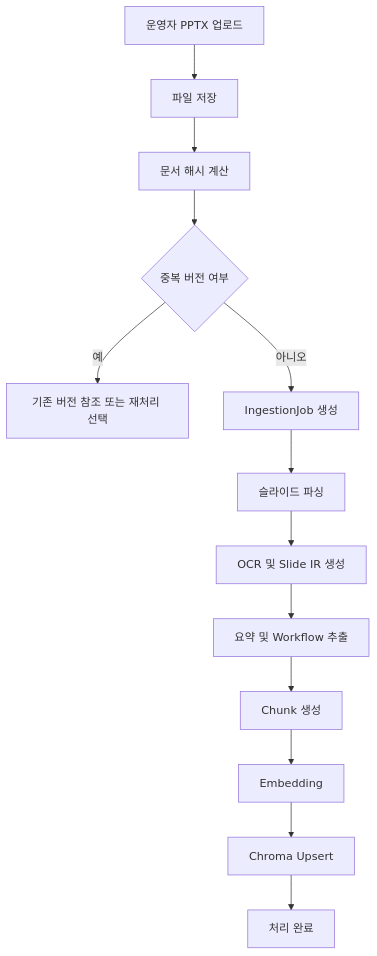
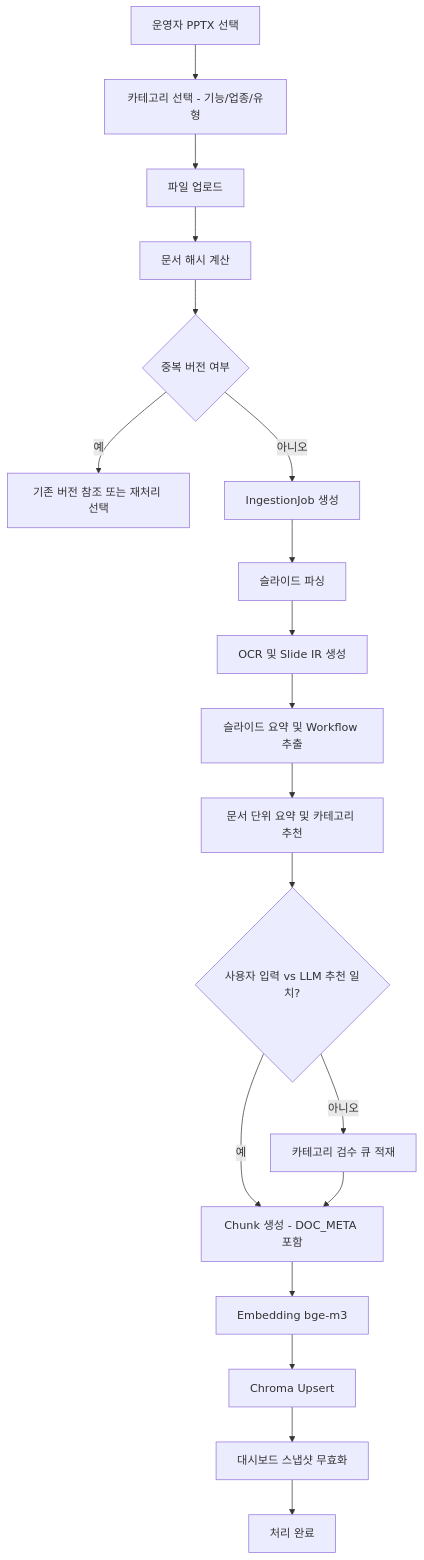
The first of 3 diagrams in docs/03-user-flow.md (zaruous/pptx-rag-service), drawn with Mermaid before and after one commit. The commit also changed other lines of this file and 11 other files, not shown here.

First line of the commit message:
docs: 카테고리/스택/대시보드/bge-m3 요구사항 반영

````diff
--- a/docs/03-user-flow.md
+++ b/docs/03-user-flow.md
@@ -5,15 +5,21 @@
 ```mermaid
 flowchart TD
-    A[운영자 PPTX 업로드] --> B[파일 저장]
+    A[운영자 PPTX 선택] --> A1[카테고리 선택 - 기능/업종/유형]
+    A1 --> B[파일 업로드]
     B --> C[문서 해시 계산]
     C --> D{중복 버전 여부}
     D -- 예 --> E[기존 버전 참조 또는 재처리 선택]
     D -- 아니오 --> F[IngestionJob 생성]
     F --> G[슬라이드 파싱]
     G --> H[OCR 및 Slide IR 생성]
-    H --> I[요약 및 Workflow 추출]
-    I --> J[Chunk 생성]
-    J --> K[Embedding]
+    H --> I[슬라이드 요약 및 Workflow 추출]
+    I --> I1[문서 단위 요약 및 카테고리 추천]
+    I1 --> I2{사용자 입력 vs LLM 추천 일치?}
+    I2 -- 예 --> J[Chunk 생성 - DOC_META 포함]
+    I2 -- 아니오 --> I3[카테고리 검수 큐 적재]
+    I3 --> J
+    J --> K[Embedding bge-m3]
     K --> L[Chroma Upsert]
-    L --> M[처리 완료]
+    L --> L1[대시보드 스냅샷 무효화]
+    L1 --> M[처리 완료]
 ```
````
